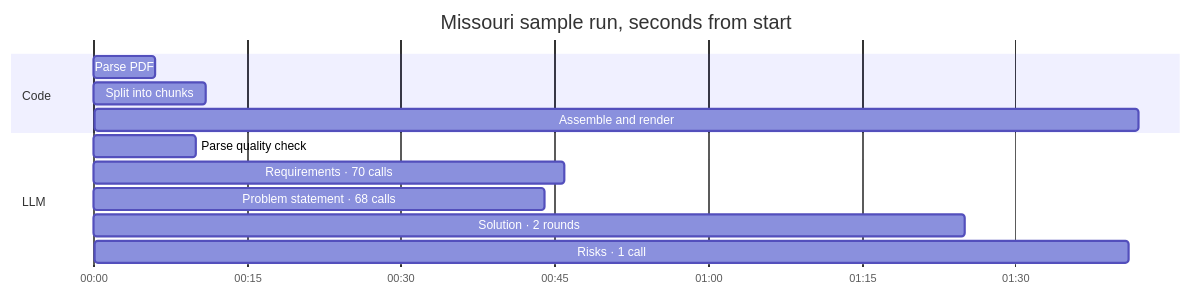
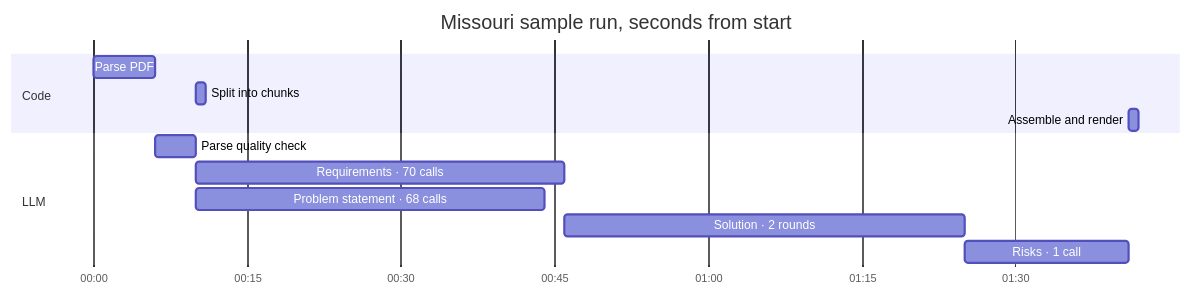
The second of 4 diagrams in docs/presentation/OBSERVABILITY.md (lofeodo/rfp-solution-summary-generator), drawn with Mermaid before and after one commit.

Commit message:
docs: fix the stage timeline chart in the observability page

````diff
--- a/docs/presentation/OBSERVABILITY.md
+++ b/docs/presentation/OBSERVABILITY.md
@@ -59,16 +59,16 @@
 ```mermaid
 gantt
     title Missouri sample run, seconds from start
-    dateFormat X
+    dateFormat HH:mm:ss
     axisFormat %M:%S
     section Code
-    Parse PDF            :0, 6
-    Split into chunks    :10, 11
-    Assemble and render  :101, 102
+    Parse PDF            :c1, 00:00:00, 00:00:06
+    Split into chunks    :c2, 00:00:10, 00:00:11
+    Assemble and render  :c3, 00:01:41, 00:01:42
     section LLM
-    Parse quality check  :6, 10
-    Requirements · 70 calls :10, 46
-    Problem statement · 68 calls :10, 44
-    Solution · 2 rounds   :46, 85
-    Risks · 1 call        :85, 101
+    Parse quality check  :l1, 00:00:06, 00:00:10
+    Requirements · 70 calls :l2, 00:00:10, 00:00:46
+    Problem statement · 68 calls :l3, 00:00:10, 00:00:44
+    Solution · 2 rounds   :l4, 00:00:46, 00:01:25
+    Risks · 1 call        :l5, 00:01:25, 00:01:41
 ```
````
